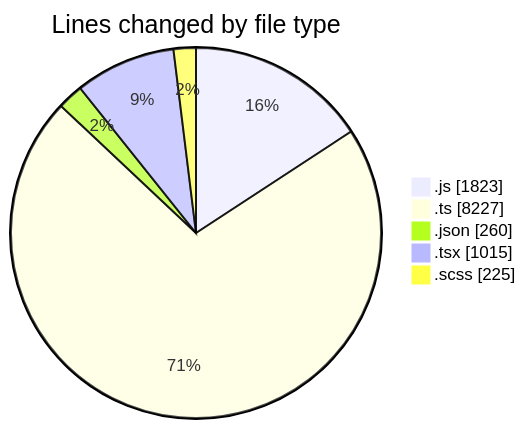
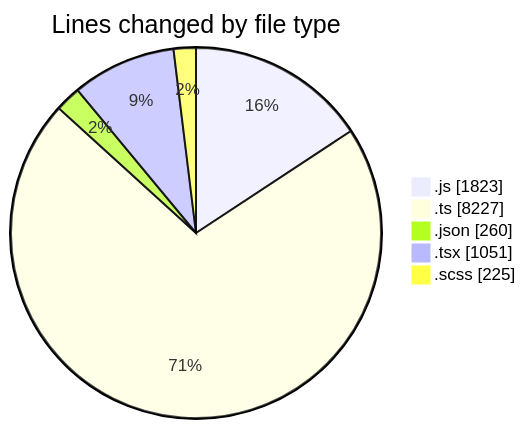
The first of 2 diagrams in 2026-04-08/cda/README.md (momahboobian/code-tracking), drawn with Mermaid before and after one commit. The commit also changed other lines of this file and 1 other file, not shown here.

````diff
--- a/2026-04-08/cda/README.md
+++ b/2026-04-08/cda/README.md
@@ -35,9 +35,9 @@
 ```mermaid
 pie showData
 title Lines changed by file type
 ".js" : 1823
 ".ts" : 8227
 ".json" : 260
-".tsx" : 1015
+".tsx" : 1051
 ".scss" : 225
 ```
````
